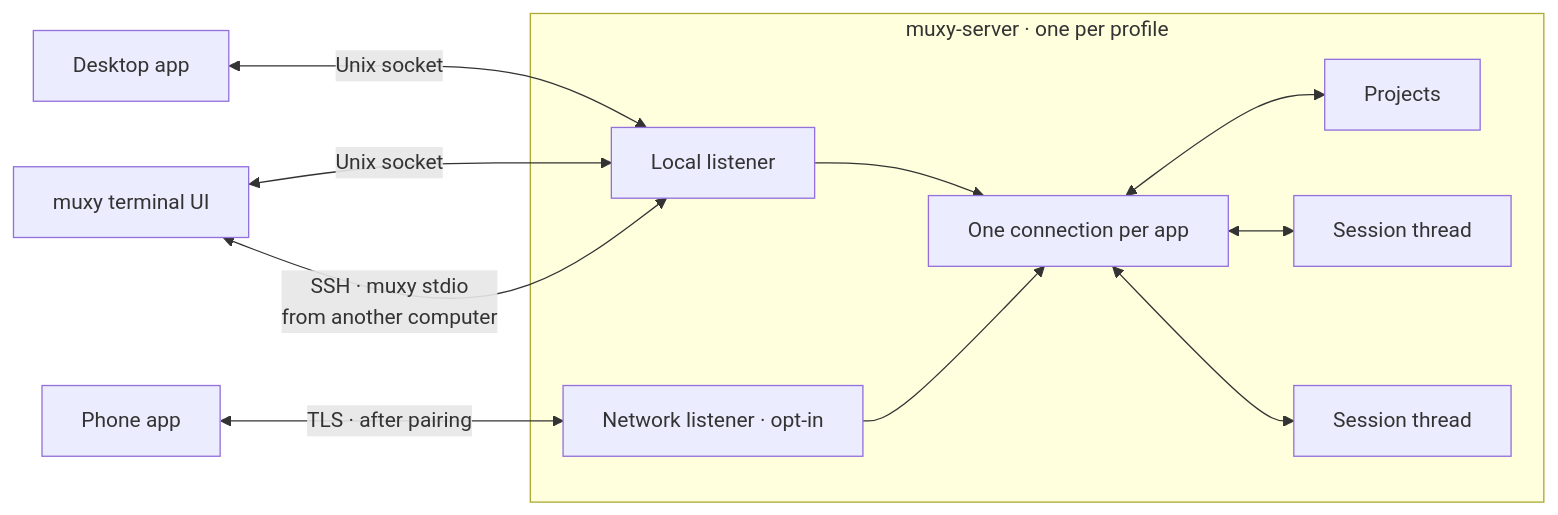
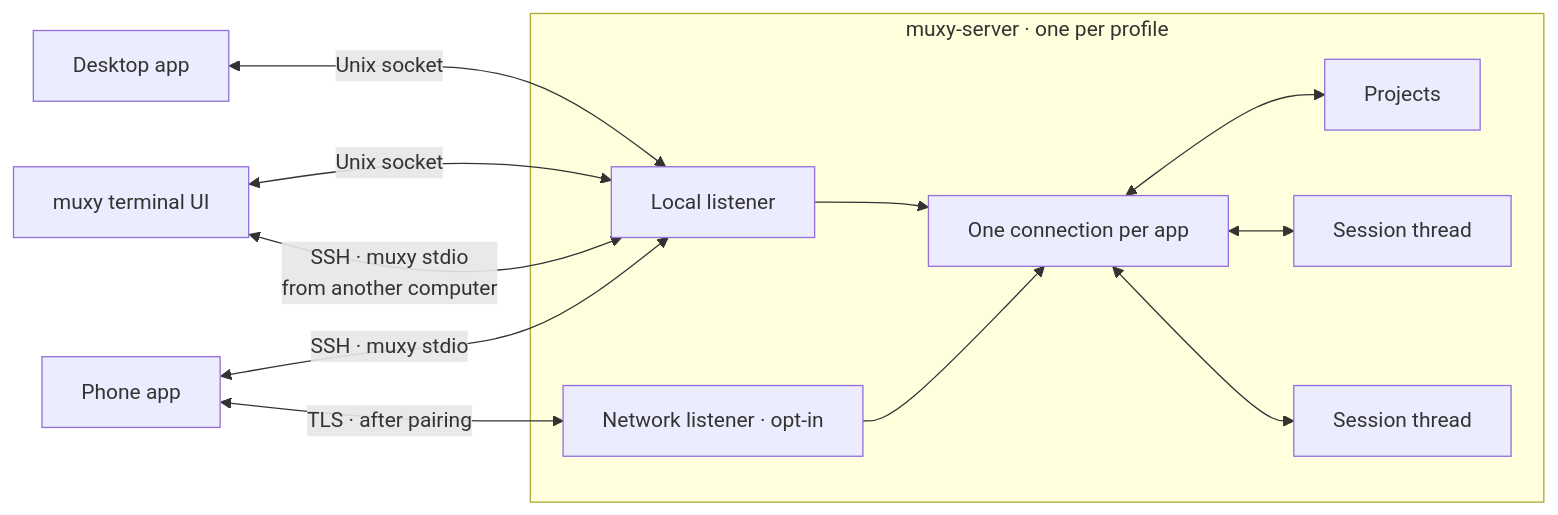
The first of 5 diagrams in docs/tech/architecture.md (muxy-app/muxy), drawn with Mermaid before and after one commit. The commit also changed 34 other files, not shown here.

````diff
--- a/docs/tech/architecture.md
+++ b/docs/tech/architecture.md
@@ -7,20 +7,21 @@
 ```mermaid
 flowchart LR
     DESKTOP["Desktop app"] <-->|"Unix socket"| LOCAL
     TUI["muxy terminal UI"] <-->|"Unix socket"| LOCAL
     TUI <-->|"SSH · muxy stdio<br/>from another computer"| LOCAL
     PHONE["Phone app"] <-->|"TLS · after pairing"| NETWORK
+    PHONE <-->|"SSH · muxy stdio"| LOCAL
     subgraph SERVER["muxy-server · one per profile"]
         LOCAL["Local listener"]
         NETWORK["Network listener · opt-in"]
         CONNECTION["One connection per app"]
         CATALOG["Projects"]
         S1["Session thread"]
         S2["Session thread"]
         LOCAL --> CONNECTION
         NETWORK --> CONNECTION
         CONNECTION <--> CATALOG
         CONNECTION <--> S1
         CONNECTION <--> S2
     end
 ```
````
